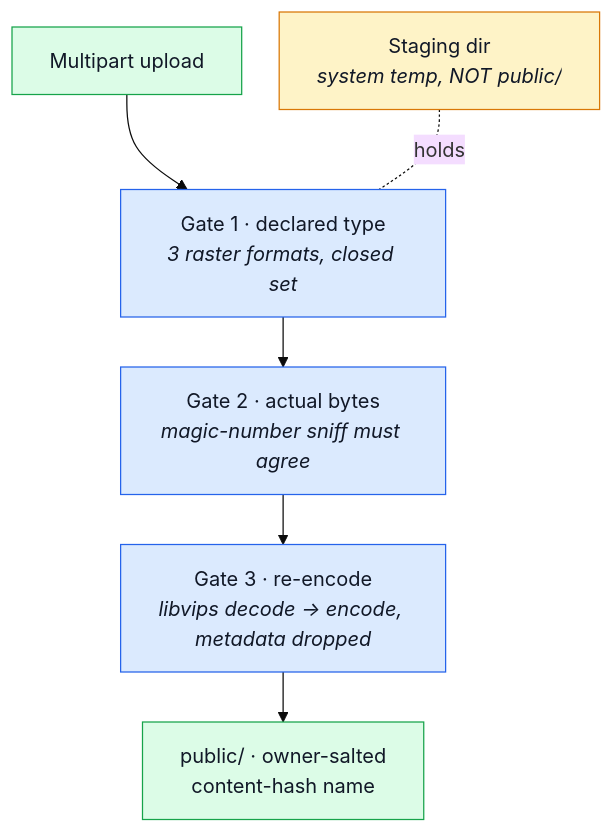
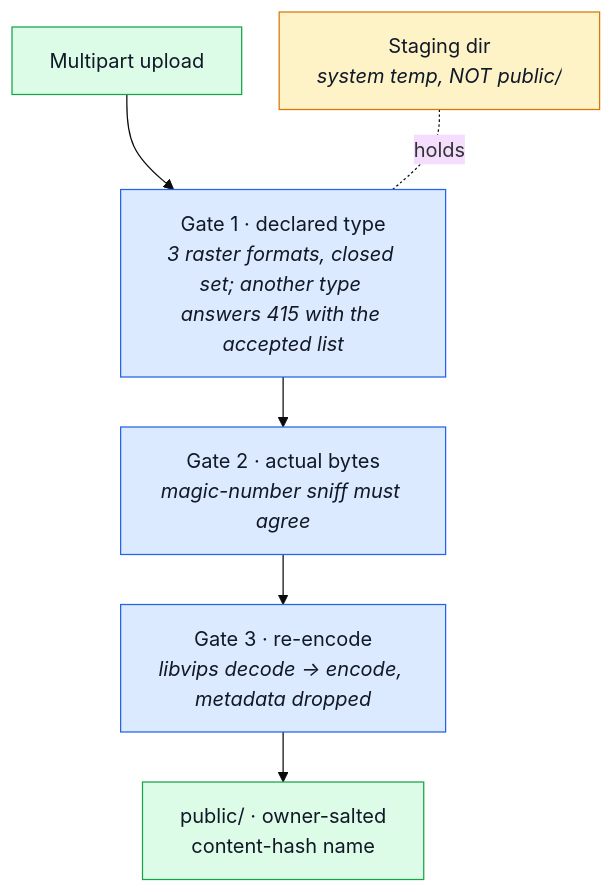
One commit to Guebbit/boilerplate-node-backend changed the first of 2 diagrams in docs/theory/defences/files-and-uploads.md. Above: the diagram before and after it, drawn with Mermaid (base theme). The commit also changed 3 other files, not shown here.

````diff
--- a/docs/theory/defences/files-and-uploads.md
+++ b/docs/theory/defences/files-and-uploads.md
@@ -11,17 +11,17 @@
 ```mermaid
 %%{init: {'flowchart': {'nodeSpacing': 30, 'rankSpacing': 40}}}%%
 flowchart TB
     U["Multipart upload"] --> G1
-    G1["Gate 1 · declared type<br/><i>3 raster formats, closed set</i>"] --> G2
+    G1["Gate 1 · declared type<br/><i>3 raster formats, closed set; another type answers 415 with the accepted list</i>"] --> G2
     G2["Gate 2 · actual bytes<br/><i>magic-number sniff must agree</i>"] --> G3
     G3["Gate 3 · re-encode<br/><i>libvips decode → encode, metadata dropped</i>"] --> P
     S["Staging dir<br/><i>system temp, NOT public/</i>"] -.holds.- G1
     P["public/ · owner-salted<br/>content-hash name"]
 
     classDef gate fill:#dbeafe,stroke:#2563eb,color:#111827;
     classDef ok fill:#dcfce7,stroke:#16a34a,color:#111827;
     classDef hold fill:#fef3c7,stroke:#d97706,color:#111827;
     class G1,G2,G3 gate;
     class P,U ok;
     class S hold;
 ```
````
